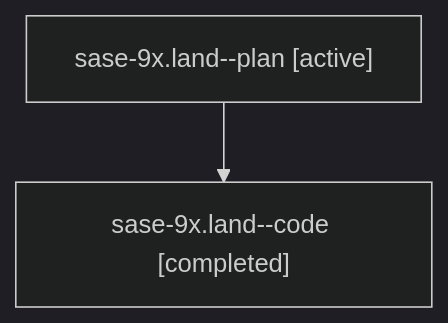
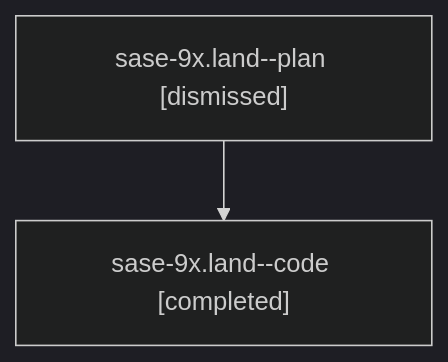
Before and after one commit to sase-org/sase--agents: the diagram in sessions/bbugyi200.athena.sase-9x.land.md, drawn with Mermaid (dark theme). The commit also changed other lines of this file and 90 other files, not shown here.

````diff
--- a/sessions/bbugyi200.athena.sase-9x.land.md
+++ b/sessions/bbugyi200.athena.sase-9x.land.md
@@ -9,6 +9,6 @@
 ```mermaid
 flowchart TD
-  n0["sase-9x.land--plan [active]"]
+  n0["sase-9x.land--plan [dismissed]"]
   n1["sase-9x.land--code [completed]"]
   n0 --> n1
 ```
````
